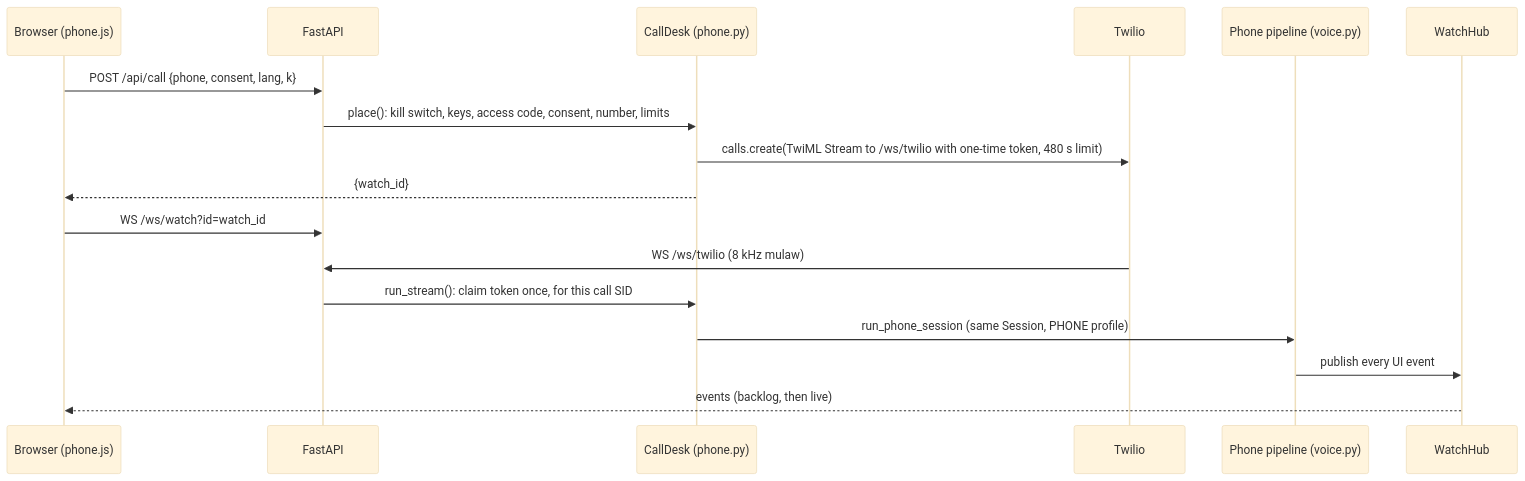
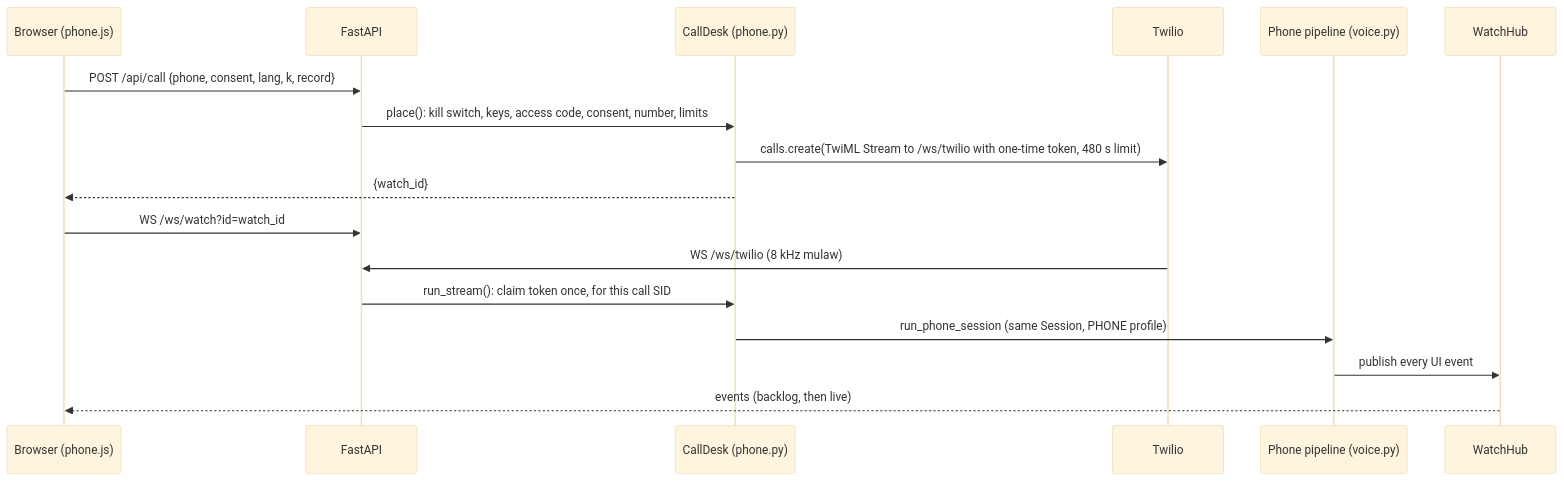
The fourth of 5 diagrams in docs/HLD.md (Adwaith-R-Nair/Samjho), drawn with Mermaid (base theme) before and after one commit. The commit also changed other lines of this file and 6 other files, not shown here.

First line of the commit message:
docs: bring the PRD, roadmap and designs up to the real calls and replay

````diff
--- a/docs/HLD.md
+++ b/docs/HLD.md
@@ -139,20 +147,20 @@
 ```mermaid
 sequenceDiagram
     participant B as Browser (phone.js)
     participant API as FastAPI
     participant D as CallDesk (phone.py)
     participant T as Twilio
     participant P as Phone pipeline (voice.py)
     participant H as WatchHub
 
-    B->>API: POST /api/call {phone, consent, lang, k}
+    B->>API: POST /api/call {phone, consent, lang, k, record}
     API->>D: place(): kill switch, keys, access code, consent, number, limits
     D->>T: calls.create(TwiML Stream to /ws/twilio with one-time token, 480 s limit)
     D-->>B: {watch_id}
     B->>API: WS /ws/watch?id=watch_id
     T->>API: WS /ws/twilio (8 kHz mulaw)
     API->>D: run_stream(): claim token once, for this call SID
     D->>P: run_phone_session (same Session, PHONE profile)
     P->>H: publish every UI event
     H-->>B: events (backlog, then live)
 ```
````
